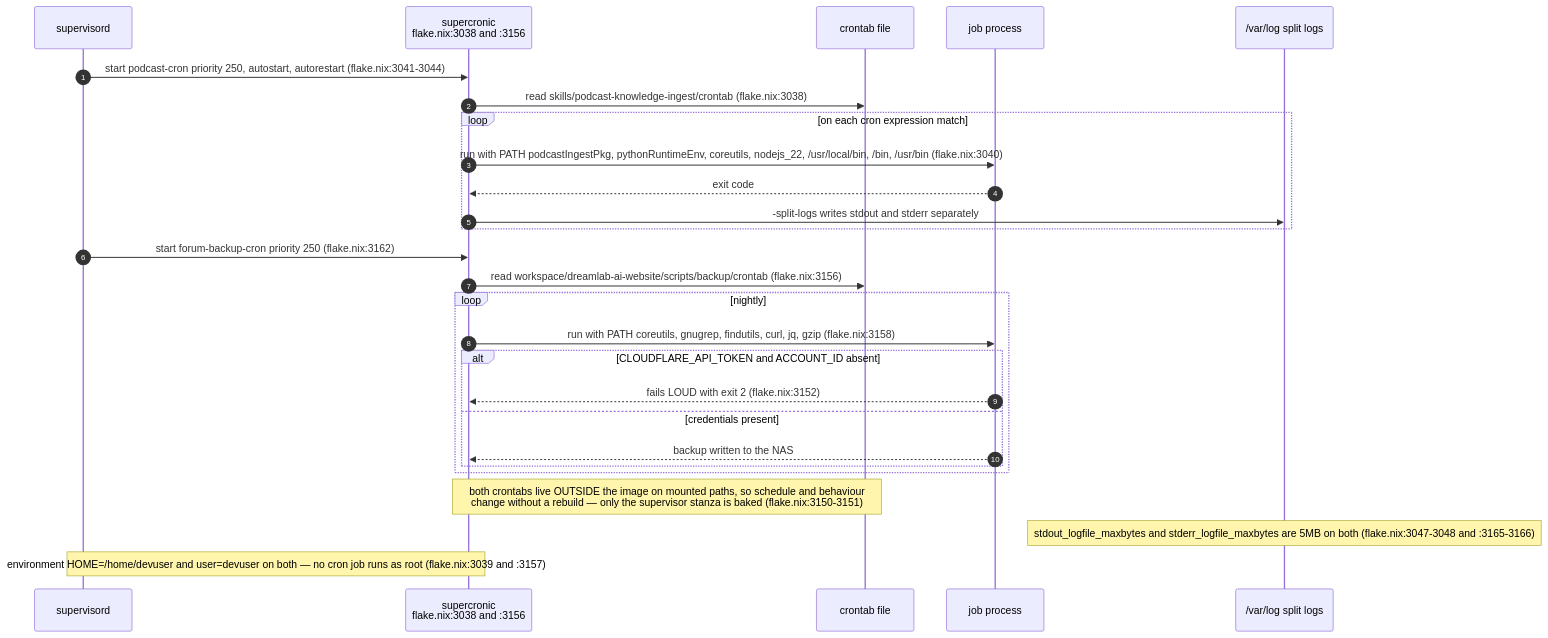
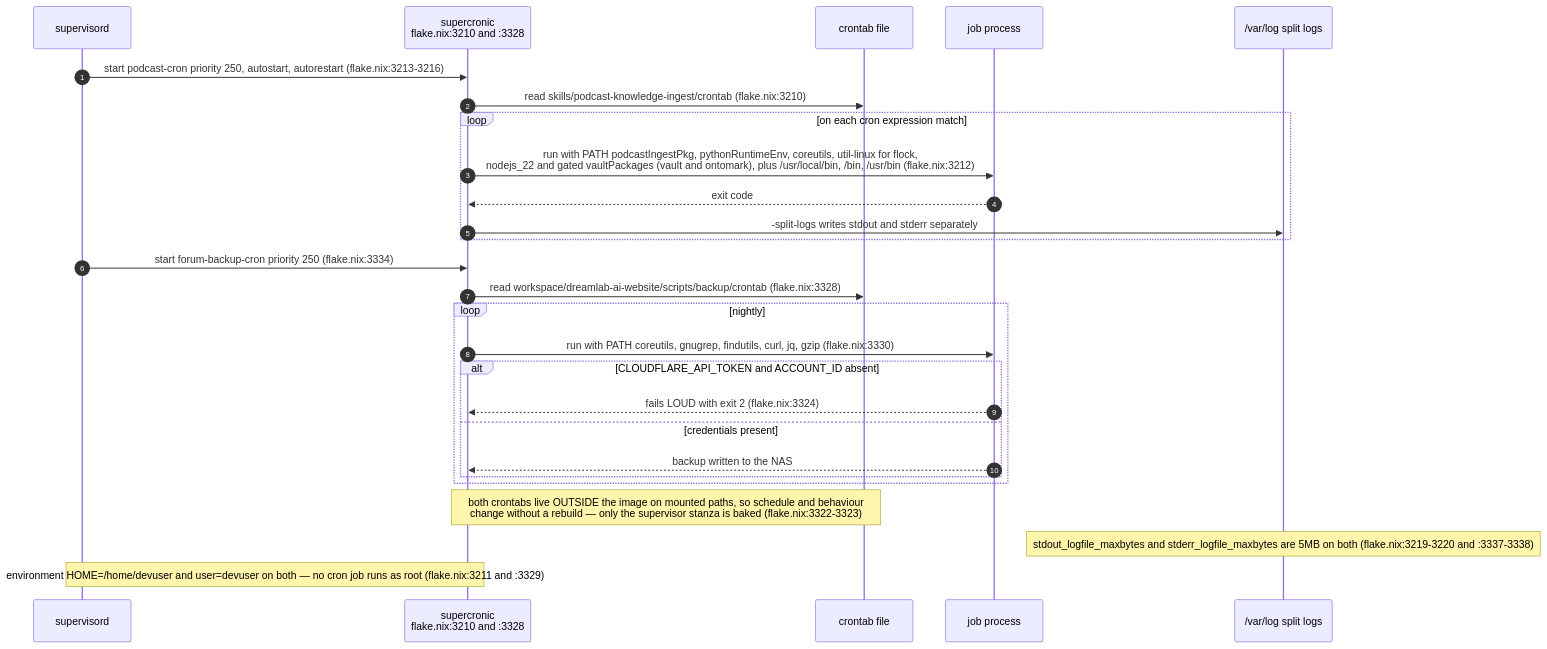
Before and after one commit to DreamLab-AI/VisionFlow: the seventh of 11 diagrams in docs/diagrams/agentbox/07-daemons-reapers-cron-backups.md, drawn with Mermaid. The commit also changed other lines of this file and 14 other files, not shown here.

Commit message:
docs: align settlement, daemon and dated health diagrams

````diff
--- a/docs/diagrams/agentbox/07-daemons-reapers-cron-backups.md
+++ b/docs/diagrams/agentbox/07-daemons-reapers-cron-backups.md
@@ -310,30 +310,30 @@
 ```mermaid
 sequenceDiagram
     autonumber
     participant SUP as supervisord
-    participant SC as supercronic<br/>flake.nix:3038 and :3156
+    participant SC as supercronic<br/>flake.nix:3210 and :3328
     participant CT as crontab file
     participant J as job process
     participant L as /var/log split logs
 
-    SUP->>SC: start podcast-cron priority 250, autostart, autorestart (flake.nix:3041-3044)
-    SC->>CT: read skills/podcast-knowledge-ingest/crontab (flake.nix:3038)
+    SUP->>SC: start podcast-cron priority 250, autostart, autorestart (flake.nix:3213-3216)
+    SC->>CT: read skills/podcast-knowledge-ingest/crontab (flake.nix:3210)
     loop on each cron expression match
-        SC->>J: run with PATH podcastIngestPkg, pythonRuntimeEnv, coreutils, nodejs_22, /usr/local/bin, /bin, /usr/bin (flake.nix:3040)
+        SC->>J: run with PATH podcastIngestPkg, pythonRuntimeEnv, coreutils, util-linux for flock,<br/>nodejs_22 and gated vaultPackages (vault and ontomark), plus /usr/local/bin, /bin, /usr/bin (flake.nix:3212)
         J-->>SC: exit code
         SC->>L: -split-logs writes stdout and stderr separately
     end
-    SUP->>SC: start forum-backup-cron priority 250 (flake.nix:3162)
-    SC->>CT: read workspace/dreamlab-ai-website/scripts/backup/crontab (flake.nix:3156)
+    SUP->>SC: start forum-backup-cron priority 250 (flake.nix:3334)
+    SC->>CT: read workspace/dreamlab-ai-website/scripts/backup/crontab (flake.nix:3328)
     loop nightly
-        SC->>J: run with PATH coreutils, gnugrep, findutils, curl, jq, gzip (flake.nix:3158)
+        SC->>J: run with PATH coreutils, gnugrep, findutils, curl, jq, gzip (flake.nix:3330)
         alt CLOUDFLARE_API_TOKEN and ACCOUNT_ID absent
-            J-->>SC: fails LOUD with exit 2 (flake.nix:3152)
+            J-->>SC: fails LOUD with exit 2 (flake.nix:3324)
         else credentials present
             J-->>SC: backup written to the NAS
         end
     end
-    Note over SC,CT: both crontabs live OUTSIDE the image on mounted paths, so schedule and behaviour<br/>change without a rebuild — only the supervisor stanza is baked (flake.nix:3150-3151)
-    Note over L: stdout_logfile_maxbytes and stderr_logfile_maxbytes are 5MB on both (flake.nix:3047-3048 and :3165-3166)
-    Note over SUP,SC: environment HOME=/home/devuser and user=devuser on both — no cron job runs as root (flake.nix:3039 and :3157)
+    Note over SC,CT: both crontabs live OUTSIDE the image on mounted paths, so schedule and behaviour<br/>change without a rebuild — only the supervisor stanza is baked (flake.nix:3322-3323)
+    Note over L: stdout_logfile_maxbytes and stderr_logfile_maxbytes are 5MB on both (flake.nix:3219-3220 and :3337-3338)
+    Note over SUP,SC: environment HOME=/home/devuser and user=devuser on both — no cron job runs as root (flake.nix:3211 and :3329)
 ```
````
